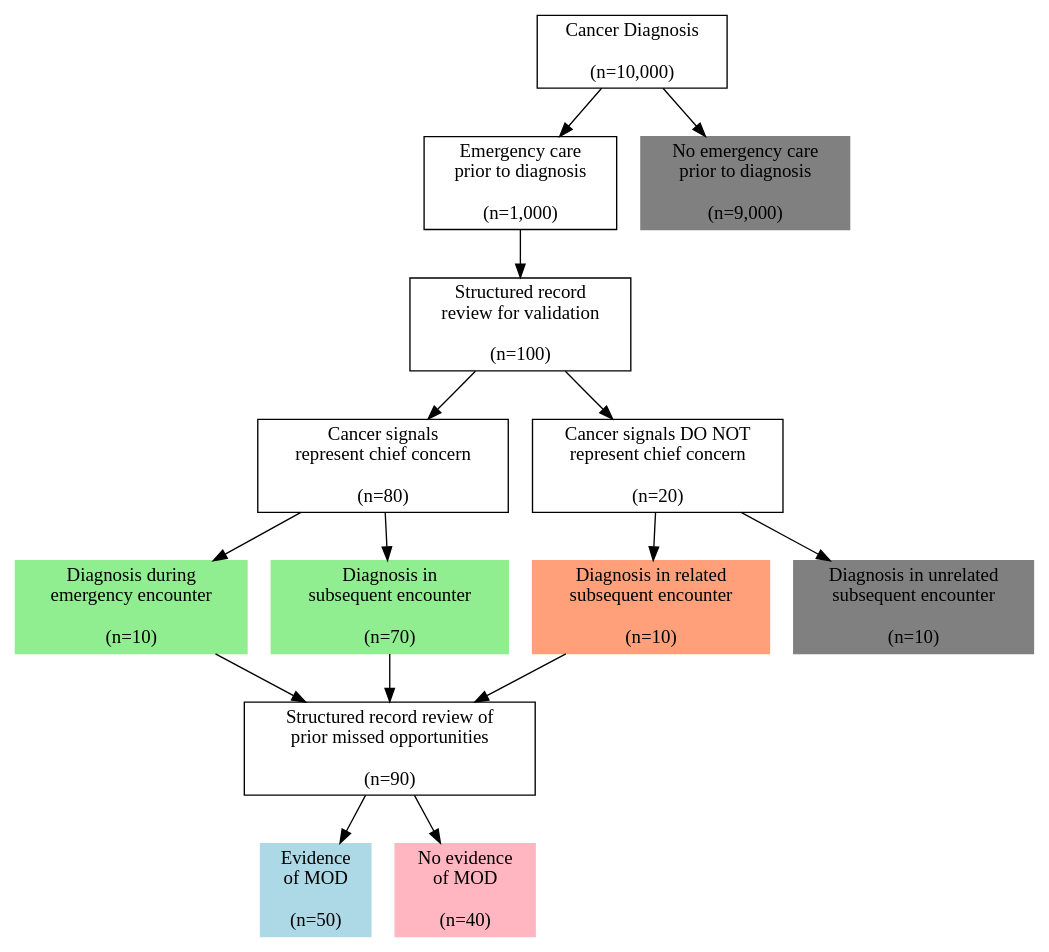
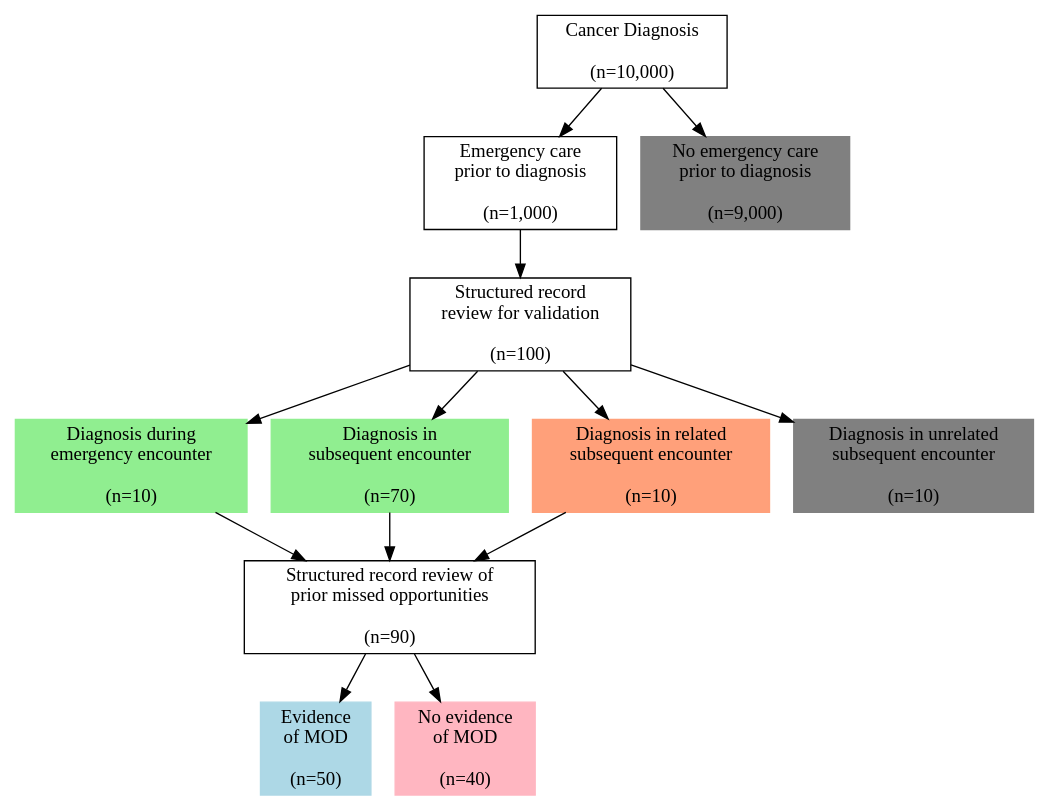
The diagram in consort.dot (zimolzak/MooreMeasures), drawn with Graphviz before and after one commit.

Commit message:
remove another layer

```diff
--- a/consort.dot
+++ b/consort.dot
@@ -1,45 +1,41 @@
 digraph{
 
 # Nodes
 
 cancer_dx[shape=rectangle, label="Cancer Diagnosis\n\n(n=10,000)"]
 emerg[shape=rectangle, label="Emergency care\nprior to diagnosis\n\n(n=1,000)"]
 no_emerg[shape=rectangle, label="No emergency care\nprior to diagnosis\n\n(n=9,000)", style=filled, color=grey]
 
 review_sample[shape=rectangle, label="Structured record\nreview for validation\n\n(n=100)"]
-chief_concern[shape=rectangle, label="Cancer signals\nrepresent chief concern\n\n(n=80)"]
-not_chief[shape=rectangle, label="Cancer signals DO NOT\nrepresent chief concern\n\n(n=20)"]
 
 dx_during_type1[shape=rectangle, label="Diagnosis during\nemergency encounter\n\n(n=10)", style=filled, color=lightgreen]
 dx_later_type2[shape=rectangle, label="Diagnosis in\nsubsequent encounter\n\n(n=70)", style=filled, color=lightgreen]
 dx_related_type3_incidental[shape=rectangle, label="Diagnosis in related\nsubsequent encounter\n\n(n=10)", style=filled, color=lightsalmon]
 dx_unrelated_nonEP_FP[shape=rectangle, label="Diagnosis in unrelated\nsubsequent encounter\n\n(n=10)", style=filled, color=grey]
 
 MOD_review[shape=rectangle, label="Structured record review of\nprior missed opportunities\n\n(n=90)"]
 yes_MOD[shape=rectangle, label="Evidence\nof MOD\n\n(n=50)", style=filled, color=lightblue]
 no_MOD[shape=rectangle, label="No evidence\nof MOD\n\n(n=40)", style=filled, color=lightpink]
 
 
 
 
 # Edges
 
 cancer_dx -> emerg
 cancer_dx -> no_emerg
 
 emerg -> review_sample
-review_sample -> chief_concern
-review_sample -> not_chief
-chief_concern -> dx_during_type1
-chief_concern -> dx_later_type2
-not_chief -> dx_related_type3_incidental
-not_chief -> dx_unrelated_nonEP_FP
+review_sample -> dx_during_type1
+review_sample -> dx_later_type2
+review_sample -> dx_related_type3_incidental
+review_sample -> dx_unrelated_nonEP_FP
 
 dx_during_type1 -> MOD_review
 dx_later_type2 -> MOD_review
 dx_related_type3_incidental -> MOD_review
 
 MOD_review -> yes_MOD
 MOD_review -> no_MOD
 
 }
```
